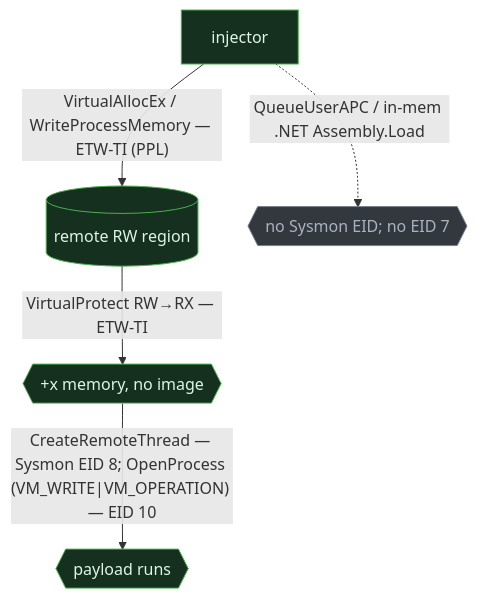
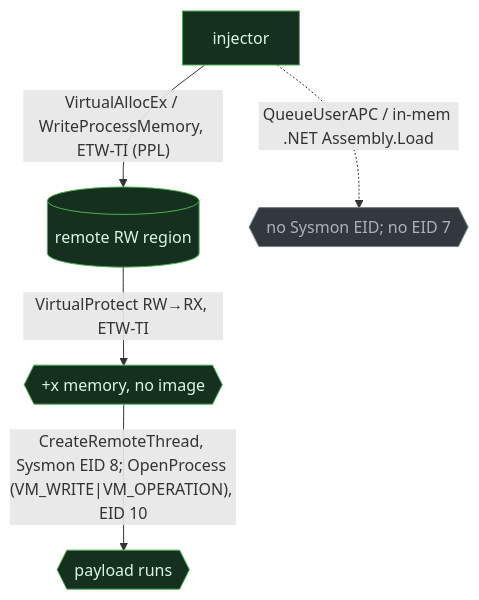
One commit to iimp0ster/os-internals-de-guide changed the second of 4 diagrams in src/execution/03-in-memory-exec.md. Above: the diagram before and after it, drawn with Mermaid. The commit also changed other lines of this file and 53 other files, not shown here.

````diff
--- a/src/execution/03-in-memory-exec.md
+++ b/src/execution/03-in-memory-exec.md
@@ -66,9 +61,9 @@
 ```mermaid
 flowchart TB
-    S["injector"]:::seen -->|"VirtualAllocEx / WriteProcessMemory — ETW-TI (PPL)"| MEM[("remote RW region")]:::seen
-    MEM -->|"VirtualProtect RW→RX — ETW-TI"| X{{"+x memory, no image"}}:::seen
-    X -->|"CreateRemoteThread — Sysmon EID 8; OpenProcess (VM_WRITE|VM_OPERATION) — EID 10"| C{{"payload runs"}}:::seen
+    S["injector"]:::seen -->|"VirtualAllocEx / WriteProcessMemory, ETW-TI (PPL)"| MEM[("remote RW region")]:::seen
+    MEM -->|"VirtualProtect RW→RX, ETW-TI"| X{{"+x memory, no image"}}:::seen
+    X -->|"CreateRemoteThread, Sysmon EID 8; OpenProcess (VM_WRITE|VM_OPERATION), EID 10"| C{{"payload runs"}}:::seen
     S -.->|"QueueUserAPC / in-mem .NET Assembly.Load"| B{{"no Sysmon EID; no EID 7"}}:::blind
     classDef seen fill:#15301f,stroke:#4caf50,color:#dff5e4;
     classDef blind fill:#33383f,stroke:#7a828c,color:#aab2bc;
 ```
````
